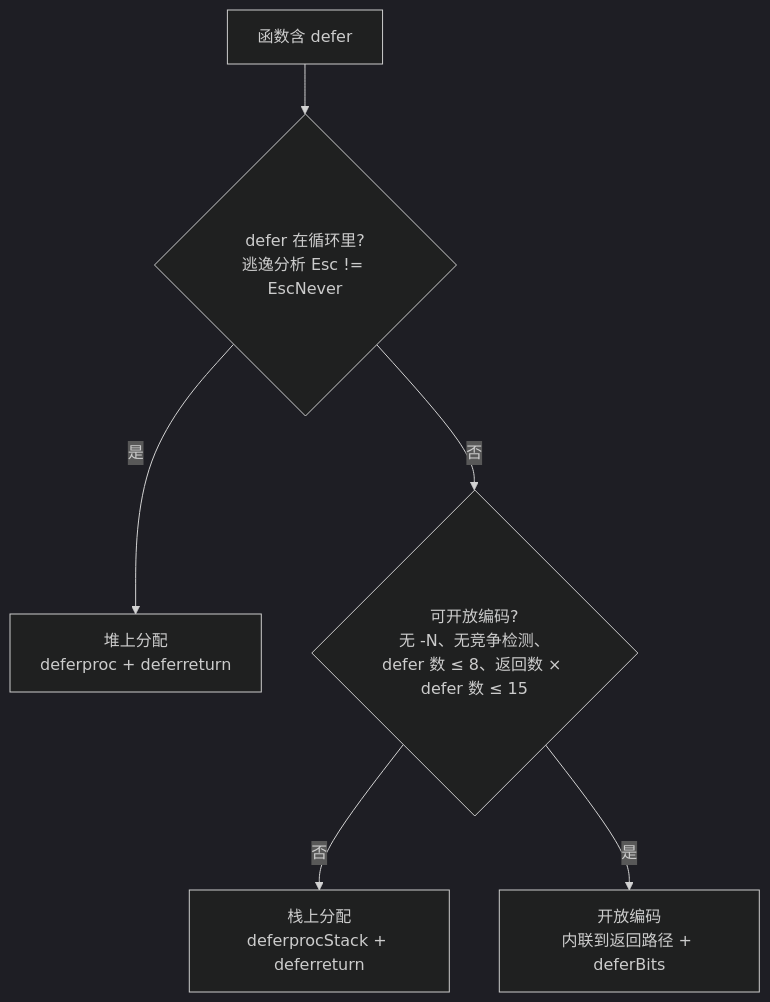
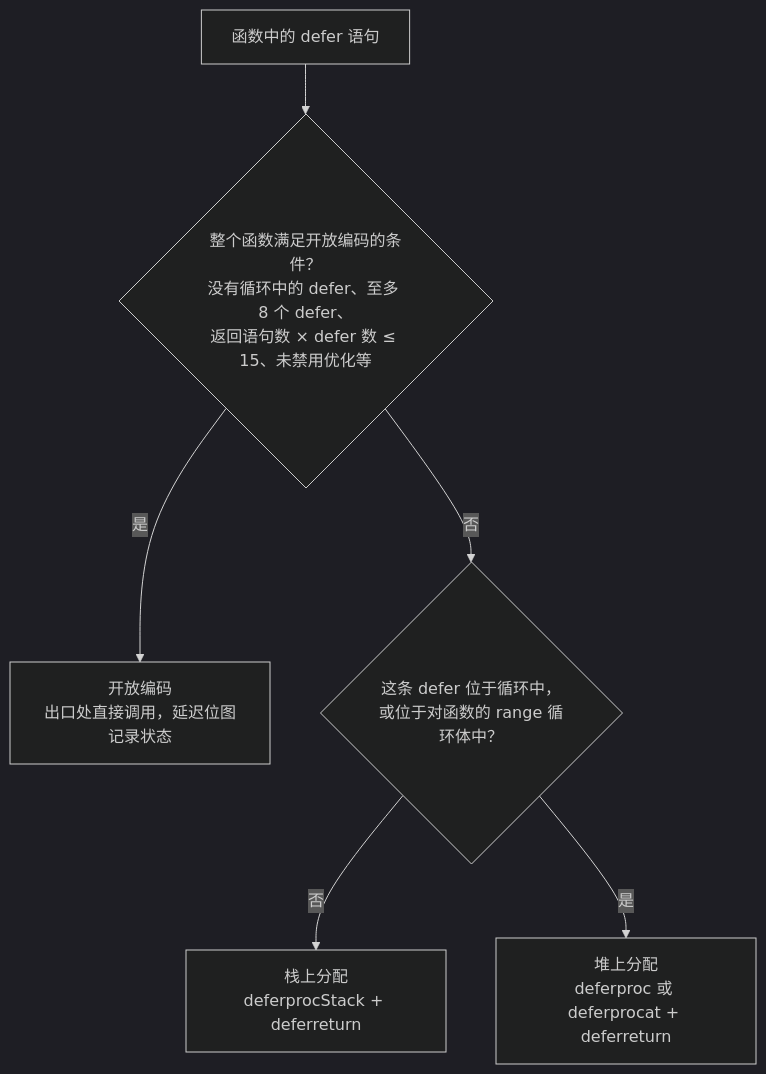
Before and after one commit to golang-design/under-the-hood: the diagram in book/zh-cn/part2lang/ch06func/defer.md, drawn with Mermaid (dark theme). The commit also changed other lines of this file and 3 other files, not shown here.

````diff
--- a/book/zh-cn/part2lang/ch06func/defer.md
+++ b/book/zh-cn/part2lang/ch06func/defer.md
@@ -187,8 +291,8 @@
 ```mermaid
 flowchart TD
-    A["函数含 defer"] --> C{"defer 在循环里?<br/>逃逸分析 Esc != EscNever"}
-    C -- 是 --> H["堆上分配<br/>deferproc + deferreturn"]
-    C -- 否 --> B{"可开放编码?<br/>无 -N、无竞争检测、<br/>defer 数 ≤ 8、返回数 × defer 数 ≤ 15"}
-    B -- 否 --> S["栈上分配<br/>deferprocStack + deferreturn"]
-    B -- 是 --> G["开放编码<br/>内联到返回路径 + deferBits"]
+    F["函数中的 defer 语句"] --> P{"整个函数满足开放编码的条件？<br/>没有循环中的 defer、至多 8 个 defer、<br/>返回语句数 × defer 数 ≤ 15、未禁用优化等"}
+    P -- 是 --> O["开放编码<br/>出口处直接调用，延迟位图记录状态"]
+    P -- 否 --> L{"这条 defer 位于循环中，<br/>或位于对函数的 range 循环体中？"}
+    L -- 否 --> S["栈上分配<br/>deferprocStack + deferreturn"]
+    L -- 是 --> H["堆上分配<br/>deferproc 或 deferprocat + deferreturn"]
 ```
````
